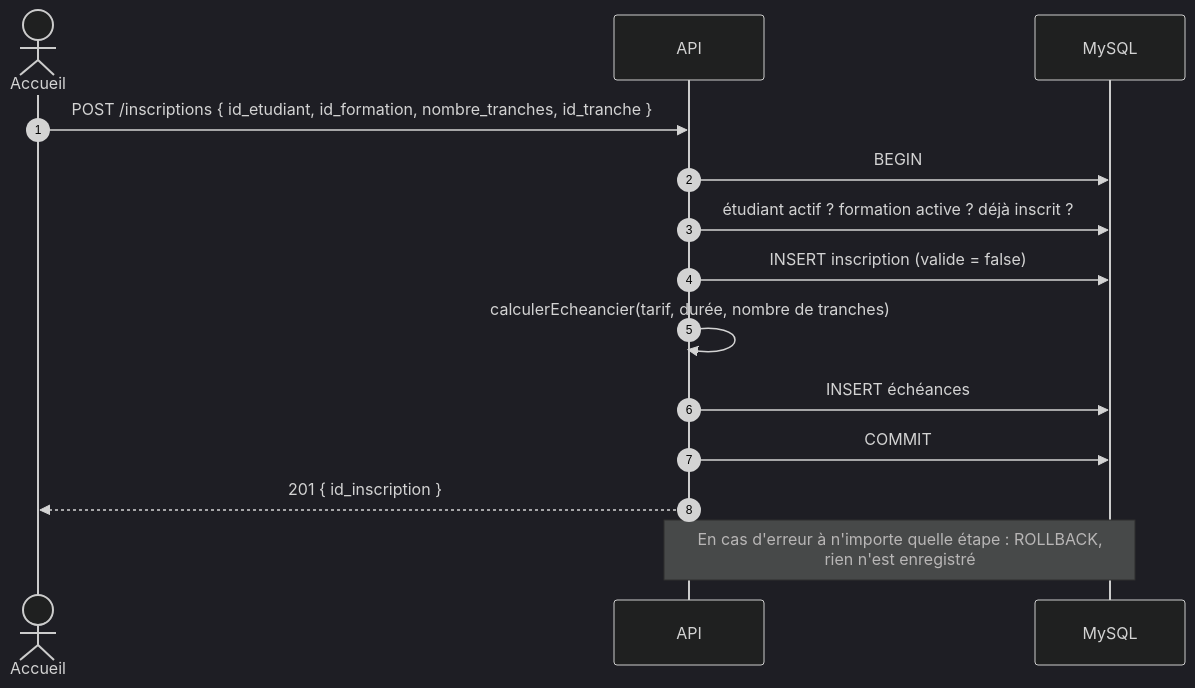
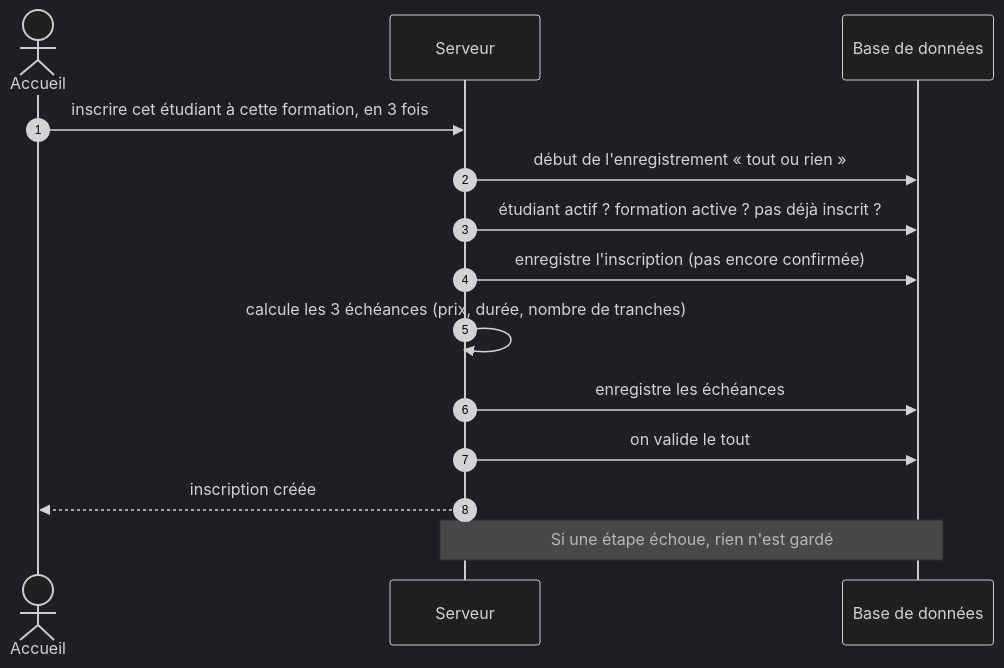
One commit to eliaTolojanahary/gestionFormation_stage changed the ninth of 23 diagrams in FLUX-APPLICATION.md. Above: the diagram before and after it, drawn with Mermaid (dark theme). The commit also changed other lines of this file and 69 other files, not shown here.

````diff
--- a/FLUX-APPLICATION.md
+++ b/FLUX-APPLICATION.md
@@ -755,17 +1075,17 @@
 ```mermaid
 sequenceDiagram
     autonumber
     actor A as Accueil
-    participant API
-    participant DB as MySQL
+    participant API as Serveur
+    participant DB as Base de données
 
-    A->>API: POST /inscriptions { id_etudiant, id_formation, nombre_tranches, id_tranche }
-    API->>DB: BEGIN
-    API->>DB: étudiant actif ? formation active ? déjà inscrit ?
-    API->>DB: INSERT inscription (valide = false)
-    API->>API: calculerEcheancier(tarif, durée, nombre de tranches)
-    API->>DB: INSERT échéances
-    API->>DB: COMMIT
-    API-->>A: 201 { id_inscription }
-    Note over API,DB: En cas d'erreur à n'importe quelle étape : ROLLBACK,<br/>rien n'est enregistré
+    A->>API: inscrire cet étudiant à cette formation, en 3 fois
+    API->>DB: début de l'enregistrement « tout ou rien »
+    API->>DB: étudiant actif ? formation active ? pas déjà inscrit ?
+    API->>DB: enregistre l'inscription (pas encore confirmée)
+    API->>API: calcule les 3 échéances (prix, durée, nombre de tranches)
+    API->>DB: enregistre les échéances
+    API->>DB: on valide le tout
+    API-->>A: inscription créée
+    Note over API,DB: Si une étape échoue, rien n'est gardé
 ```
````
